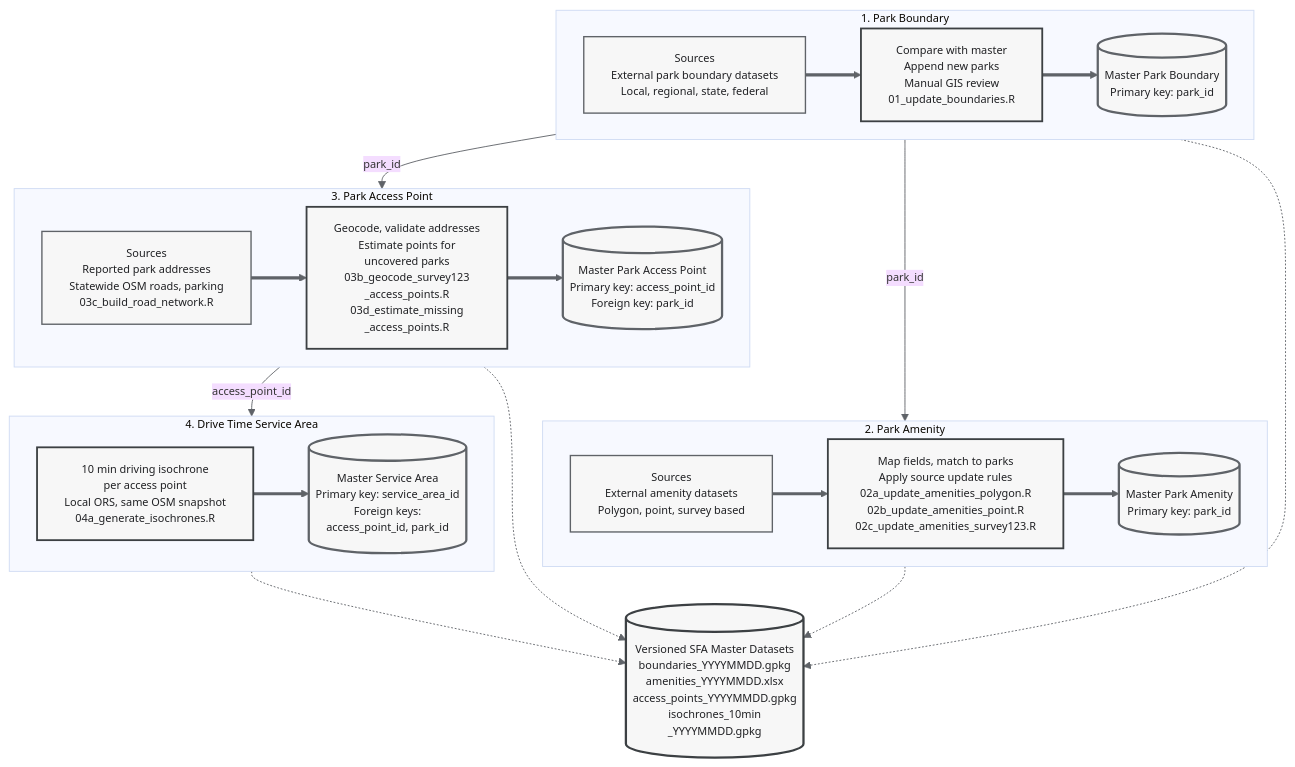
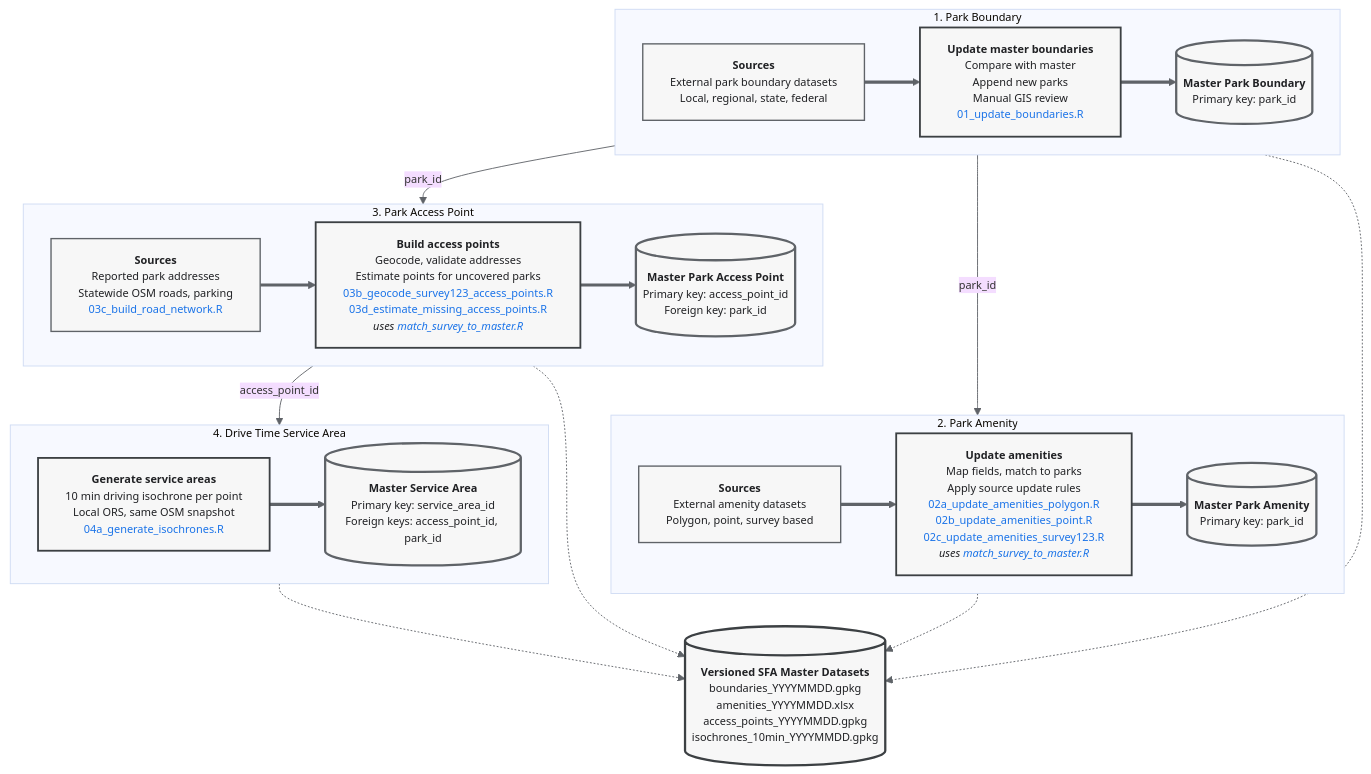
The diagram in README.md (youngjaewon/strive-for-access), drawn with Mermaid before and after one commit.

Commit message:
Enhance README formatting with HTML elements

```diff
--- a/README.md
+++ b/README.md
@@ -30,71 +30,36 @@
 
 subgraph BOUNDARY["1. Park Boundary"]
     direction LR
-    B1["Sources
-External park boundary datasets
-Local, regional, state, federal"]
-    B2["Compare with master
-Append new parks
-Manual GIS review
-01_update_boundaries.R"]
-    B4[("Master Park Boundary
-Primary key: park_id")]
+    B1["<b>Sources</b><br>External park boundary datasets<br>Local, regional, state, federal"]
+    B2["<b>Update master boundaries</b><br>Compare with master<br>Append new parks<br>Manual GIS review<br><font color='#1A73E8'>01_update_boundaries.R</font>"]
+    B4[("<b>Master Park Boundary</b><br>Primary key: park_id")]
     B1 ==> B2 ==> B4
 end
 
 subgraph AMENITY["2. Park Amenity"]
     direction LR
-    A1["Sources
-External amenity datasets
-Polygon, point, survey based"]
-    A2["Map fields, match to parks
-Apply source update rules
-02a_update_amenities_polygon.R
-02b_update_amenities_point.R
-02c_update_amenities_survey123.R"]
-    A4[("Master Park Amenity
-Primary key: park_id")]
+    A1["<b>Sources</b><br>External amenity datasets<br>Polygon, point, survey based"]
+    A2["<b>Update amenities</b><br>Map fields, match to parks<br>Apply source update rules<br><font color='#1A73E8'>02a_update_amenities_polygon.R</font><br><font color='#1A73E8'>02b_update_amenities_point.R</font><br><font color='#1A73E8'>02c_update_amenities_survey123.R</font><br><i>uses <font color='#1A73E8'>match_survey_to_master.R</font></i>"]
+    A4[("<b>Master Park Amenity</b><br>Primary key: park_id")]
     A1 ==> A2 ==> A4
 end
 
 subgraph ACCESS["3. Park Access Point"]
     direction LR
-    P1["Sources
-Reported park addresses
-Statewide OSM roads, parking
-03c_build_road_network.R"]
-    P2["Geocode, validate addresses
-Estimate points for
-uncovered parks
-03b_geocode_survey123
-_access_points.R
-03d_estimate_missing
-_access_points.R"]
-    P5[("Master Park Access Point
-Primary key: access_point_id
-Foreign key: park_id")]
+    P1["<b>Sources</b><br>Reported park addresses<br>Statewide OSM roads, parking<br><font color='#1A73E8'>03c_build_road_network.R</font>"]
+    P2["<b>Build access points</b><br>Geocode, validate addresses<br>Estimate points for uncovered parks<br><font color='#1A73E8'>03b_geocode_survey123_access_points.R</font><br><font color='#1A73E8'>03d_estimate_missing_access_points.R</font><br><i>uses <font color='#1A73E8'>match_survey_to_master.R</font></i>"]
+    P5[("<b>Master Park Access Point</b><br>Primary key: access_point_id<br>Foreign key: park_id")]
     P1 ==> P2 ==> P5
 end
 
 subgraph SERVICE["4. Drive Time Service Area"]
     direction LR
-    T1["10 min driving isochrone
-per access point
-Local ORS, same OSM snapshot
-04a_generate_isochrones.R"]
-    T3[("Master Service Area
-Primary key: service_area_id
-Foreign keys:
-access_point_id, park_id")]
+    T1["<b>Generate service areas</b><br>10 min driving isochrone per point<br>Local ORS, same OSM snapshot<br><font color='#1A73E8'>04a_generate_isochrones.R</font>"]
+    T3[("<b>Master Service Area</b><br>Primary key: service_area_id<br>Foreign keys: access_point_id, park_id")]
     T1 ==> T3
 end
 
-M[("Versioned SFA Master Datasets
-boundaries_YYYYMMDD.gpkg
-amenities_YYYYMMDD.xlsx
-access_points_YYYYMMDD.gpkg
-isochrones_10min
-_YYYYMMDD.gpkg")]
+M[("<b>Versioned SFA Master Datasets</b><br>boundaries_YYYYMMDD.gpkg<br>amenities_YYYYMMDD.xlsx<br>access_points_YYYYMMDD.gpkg<br>isochrones_10min_YYYYMMDD.gpkg")]
 
 B4 -- park_id --> A2
 B4 -- park_id --> P2
```
